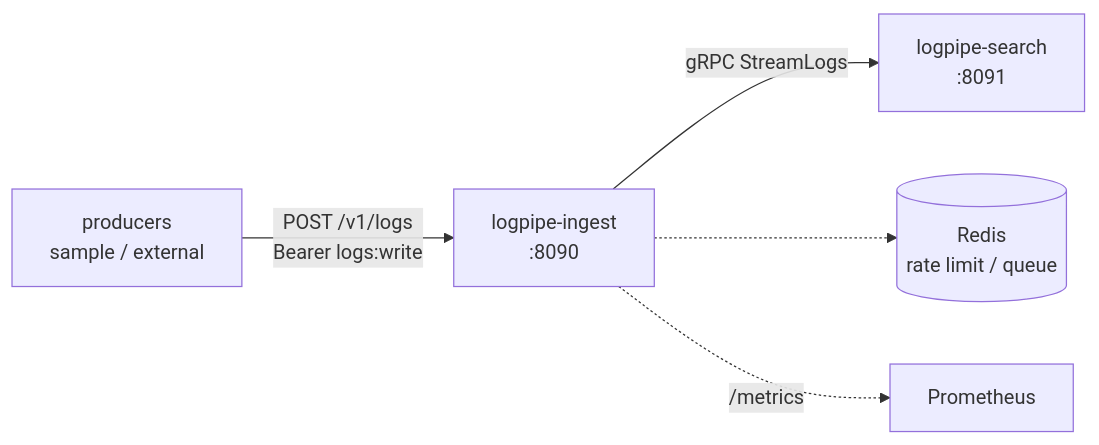
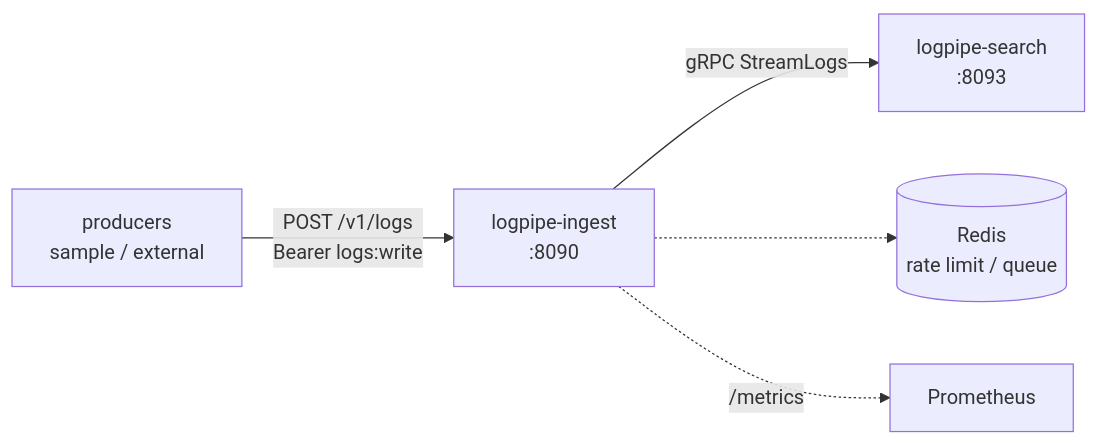
Before and after one commit to TiagoR85/logpipe-ingest: the diagram in README.md, drawn with Mermaid. The commit also changed 1 other file, not shown here.

Commit message:
fix: point dev gRPC target at search http/2 port 8093
Search now serves StreamLogs on a dedicated HTTP/2-only cleartext port (Kestrel cannot negotiate HTTP/2 on cleartext dual-version endpoints).

````diff
--- a/README.md
+++ b/README.md
@@ -8,7 +8,7 @@
 ```mermaid
 graph LR
     producer[producers<br/>sample / external] -->|POST /v1/logs<br/>Bearer logs:write| ingest[logpipe-ingest<br/>:8090]
-    ingest -->|gRPC StreamLogs| search[logpipe-search<br/>:8091]
+    ingest -->|gRPC StreamLogs| search[logpipe-search<br/>:8093]
     ingest -.-> redis[(Redis<br/>rate limit / queue)]
     ingest -.->|/metrics| prom[Prometheus]
 ```
````
